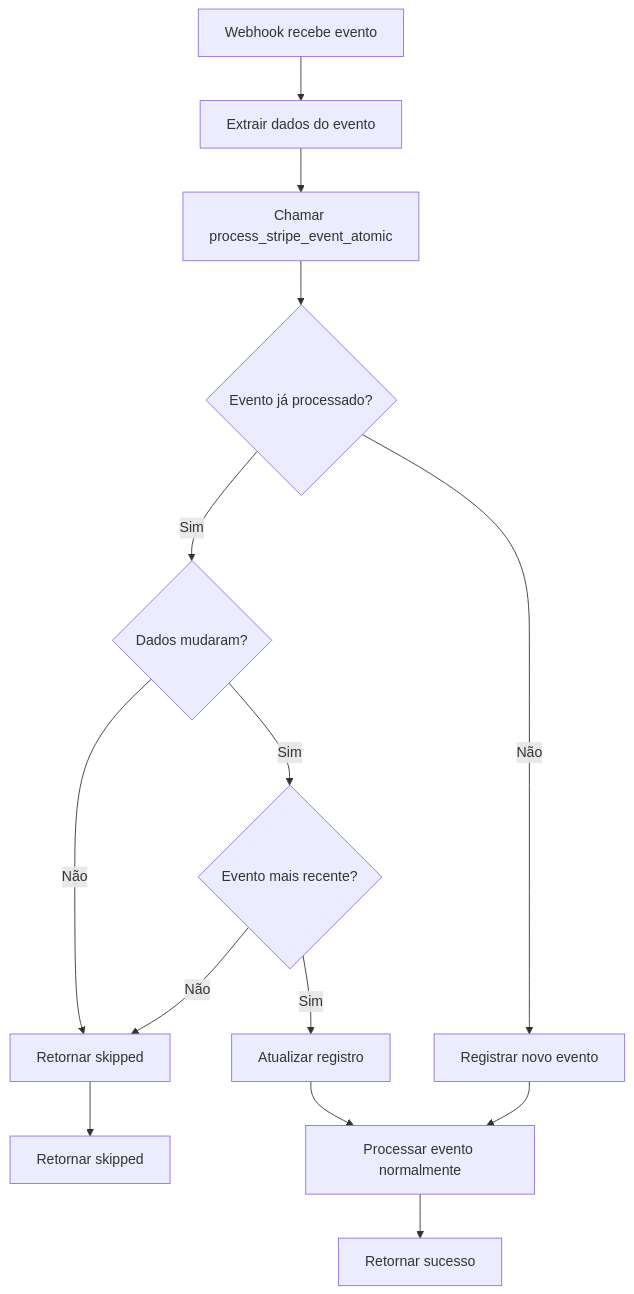
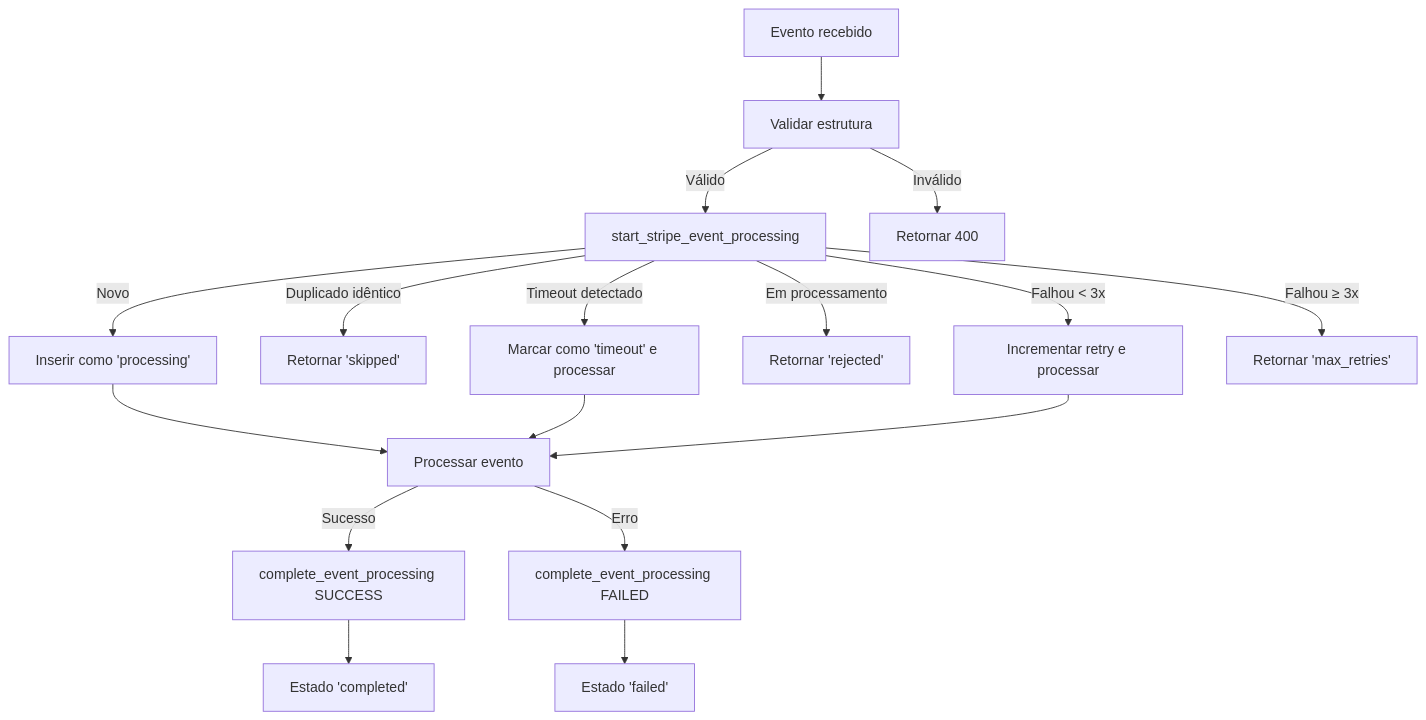
One commit to iaparatodos-br/tutor-flow-final-52 changed the diagram in docs/stripe-webhook-idempotency.md. Above: the diagram before and after it, drawn with Mermaid. The commit also changed other lines of this file and 5 other files, not shown here.

````diff
--- a/docs/stripe-webhook-idempotency.md
+++ b/docs/stripe-webhook-idempotency.md
@@ -68,16 +48,19 @@
 ```mermaid
 graph TD
-    A[Webhook recebe evento] --> B[Extrair dados do evento]
-    B --> C[Chamar process_stripe_event_atomic]
-    C --> D{Evento já processado?}
-    D -->|Sim| E{Dados mudaram?}
-    D -->|Não| F[Registrar novo evento]
-    E -->|Não| G[Retornar skipped]
-    E -->|Sim| H{Evento mais recente?}
-    H -->|Não| G
-    H -->|Sim| I[Atualizar registro]
-    F --> J[Processar evento normalmente]
-    I --> J
-    J --> K[Retornar sucesso]
-    G --> L[Retornar skipped]
+    A[Evento recebido] --> B[Validar estrutura]
+    B -->|Válido| C[start_stripe_event_processing]
+    B -->|Inválido| D[Retornar 400]
+    C -->|Novo| E[Inserir como 'processing']
+    C -->|Duplicado idêntico| F[Retornar 'skipped']
+    C -->|Timeout detectado| G[Marcar como 'timeout' e processar]
+    C -->|Em processamento| H[Retornar 'rejected']
+    C -->|Falhou < 3x| I[Incrementar retry e processar]
+    C -->|Falhou ≥ 3x| J[Retornar 'max_retries']
+    E --> K[Processar evento]
+    G --> K
+    I --> K
+    K -->|Sucesso| L[complete_event_processing SUCCESS]
+    K -->|Erro| M[complete_event_processing FAILED]
+    L --> N[Estado 'completed']
+    M --> O[Estado 'failed']
 ```
````
